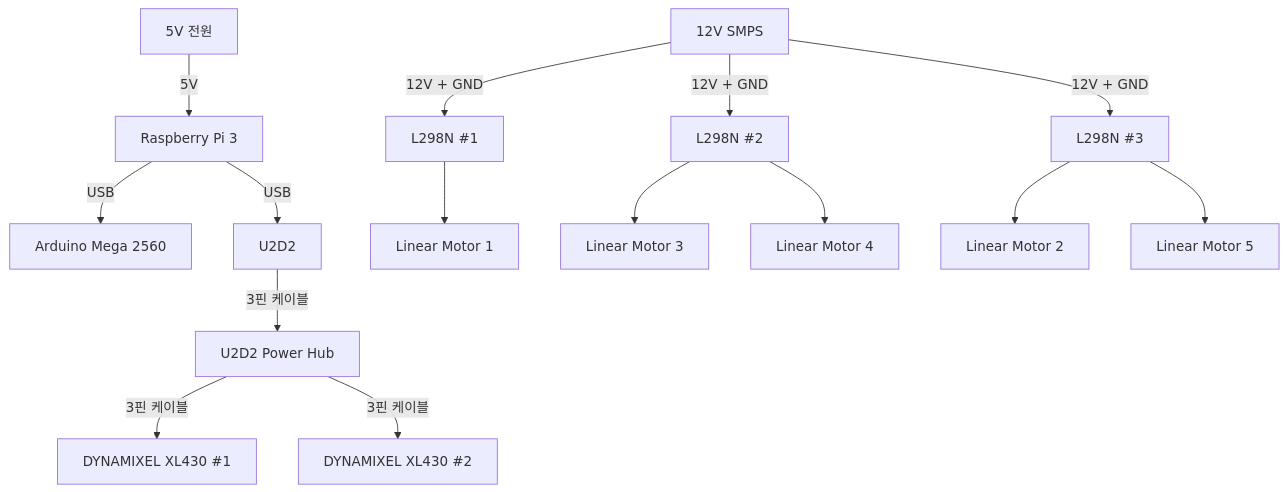
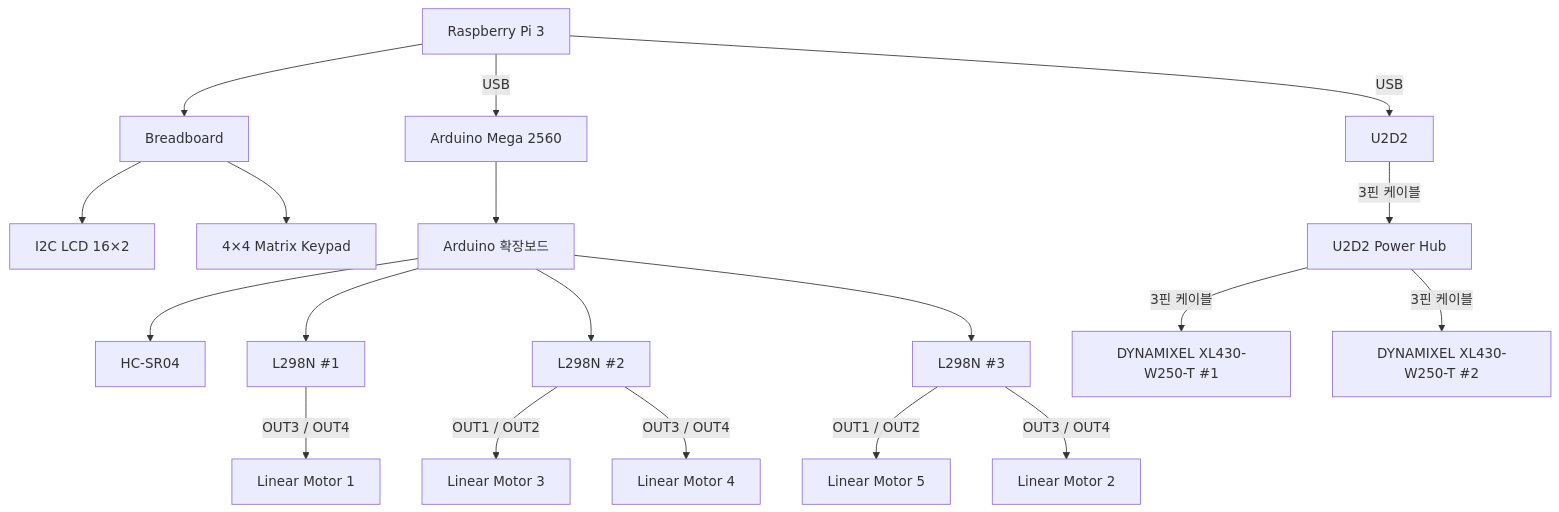
Before and after one commit to biini29/2026ESWContest_free_CARmelleon: the diagram in docs/02_Design/electrical/01_Wiring_Diagram.md, drawn with Mermaid. The commit also changed other lines of this file, not shown here.

First line of the commit message:
Revise Smart Seat System Wiring Diagram

````diff
--- a/docs/02_Design/electrical/01_Wiring_Diagram.md
+++ b/docs/02_Design/electrical/01_Wiring_Diagram.md
@@ -5,47 +11,56 @@
 ```mermaid
 flowchart TB
 
-    P5["5V 전원"]
     PI["Raspberry Pi 3"]
+    BB["Breadboard"]
+
+    LCD["I2C LCD 16×2"]
+    KEY["4×4 Matrix Keypad"]
 
     ARD["Arduino Mega 2560"]
-    U2["U2D2"]
-    HUB["U2D2 Power Hub"]
-
-    DX1["DYNAMIXEL XL430 #1"]
-    DX2["DYNAMIXEL XL430 #2"]
-
-    SMPS["12V SMPS"]
+    EXT["Arduino 확장보드"]
+    US["HC-SR04"]
 
     L1["L298N #1"]
     L2["L298N #2"]
     L3["L298N #3"]
 
     M1["Linear Motor 1"]
     M2["Linear Motor 2"]
     M3["Linear Motor 3"]
     M4["Linear Motor 4"]
     M5["Linear Motor 5"]
 
-    P5 -->|"5V"| PI
+    U2["U2D2"]
+    HUB["U2D2 Power Hub"]
+
+    DX1["DYNAMIXEL XL430-W250-T #1"]
+    DX2["DYNAMIXEL XL430-W250-T #2"]
+
+    PI --> BB
+    BB --> LCD
+    BB --> KEY
 
     PI -->|"USB"| ARD
+    ARD --> EXT
+
+    EXT --> US
+
+    EXT --> L1
+    EXT --> L2
+    EXT --> L3
+
+    L1 -->|"OUT3 / OUT4"| M1
+
+    L2 -->|"OUT1 / OUT2"| M3
+    L2 -->|"OUT3 / OUT4"| M4
+
+    L3 -->|"OUT1 / OUT2"| M5
+    L3 -->|"OUT3 / OUT4"| M2
+
     PI -->|"USB"| U2
-
     U2 -->|"3핀 케이블"| HUB
 
     HUB -->|"3핀 케이블"| DX1
     HUB -->|"3핀 케이블"| DX2
-
-    SMPS -->|"12V + GND"| L1
-    SMPS -->|"12V + GND"| L2
-    SMPS -->|"12V + GND"| L3
-
-    L1 --> M1
-
-    L2 --> M3
-    L2 --> M4
-
-    L3 --> M2
-    L3 --> M5
 ```
````
